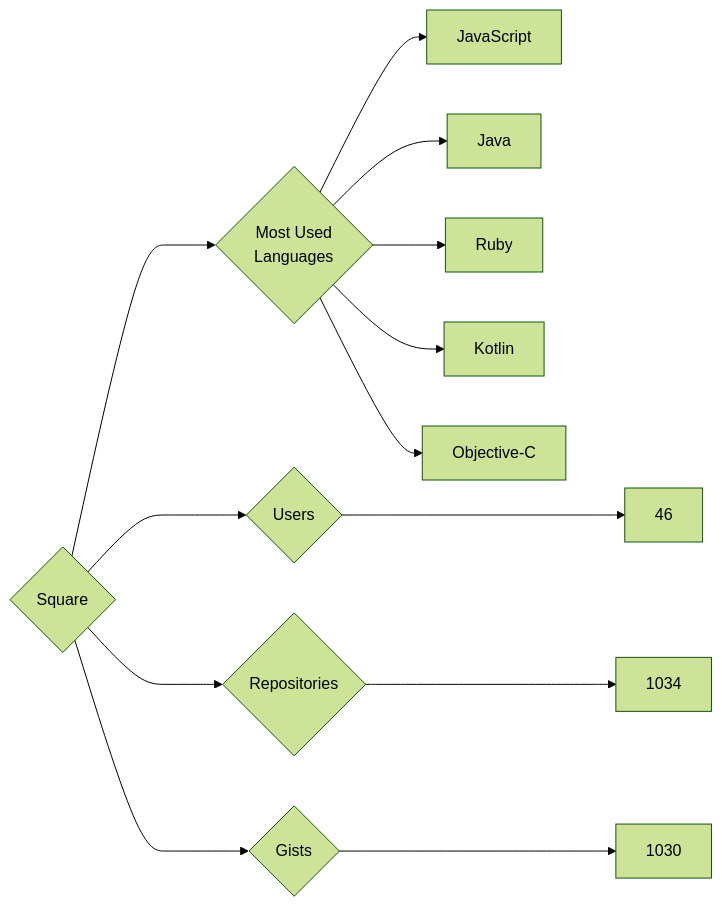
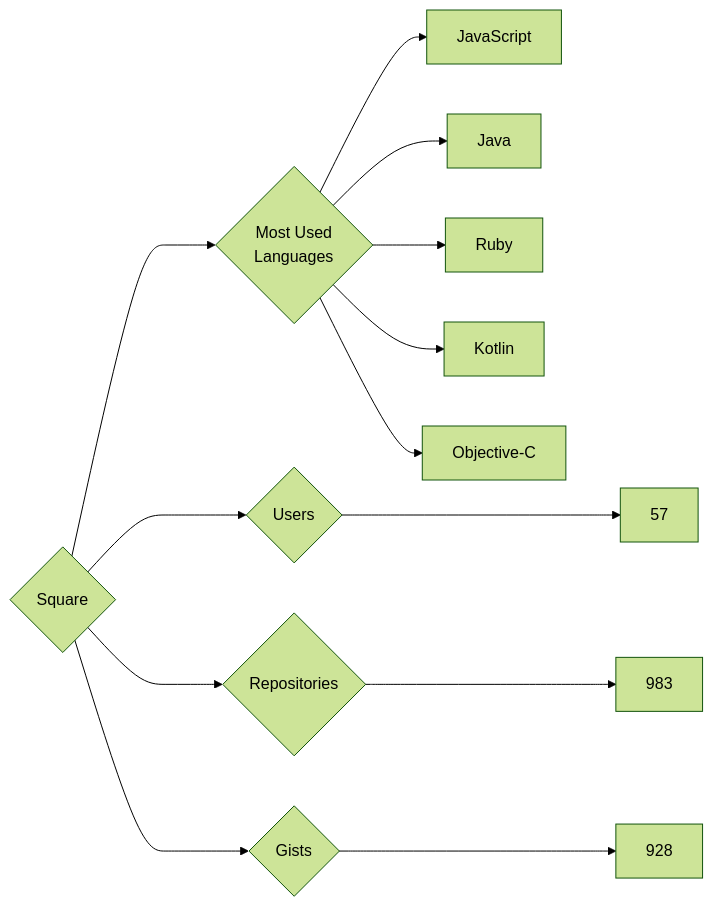
The diagram in targets/Square/README.md (trickest/insiders), drawn with Mermaid (forest theme) before and after one commit. The commit also changed 928 other files, not shown here.

````diff
--- a/targets/Square/README.md
+++ b/targets/Square/README.md
@@ -3,13 +3,13 @@
 ```mermaid
 graph LR
 COMPANY_NAME{Square}
-COMPANY_NAME ---> U{Users} ---> UN[46]
-COMPANY_NAME ---> R{Repositories} ---> RN[1034]
-COMPANY_NAME ---> G{Gists} ---> GN[1030]
+COMPANY_NAME ---> U{Users} ---> UN[57]
+COMPANY_NAME ---> R{Repositories} ---> RN[983]
+COMPANY_NAME ---> G{Gists} ---> GN[928]
 COMPANY_NAME ---> ML{Most Used<br>Languages}
 ML --> JavaScript[JavaScript]
 ML --> Java[Java]
 ML --> Ruby[Ruby]
 ML --> Kotlin[Kotlin]
 ML --> Objective-C[Objective-C]
 ```
````
